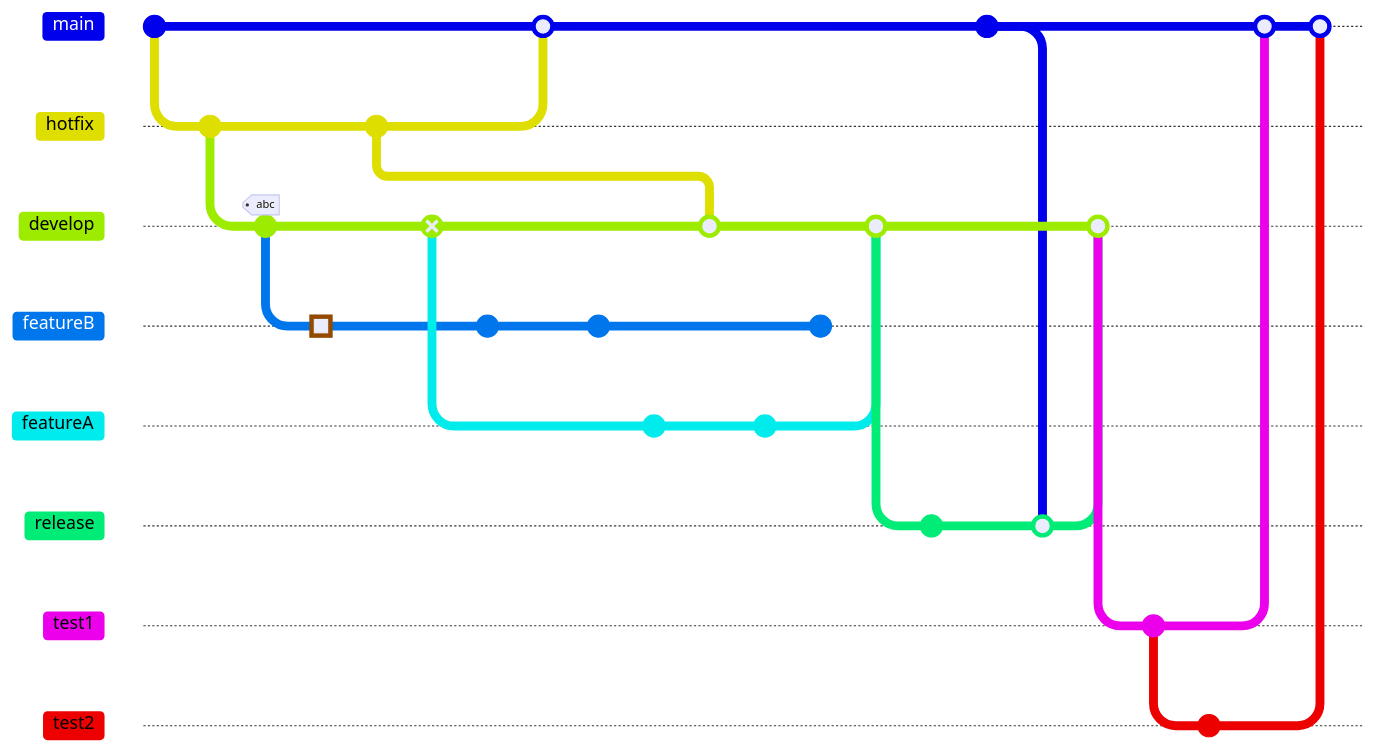
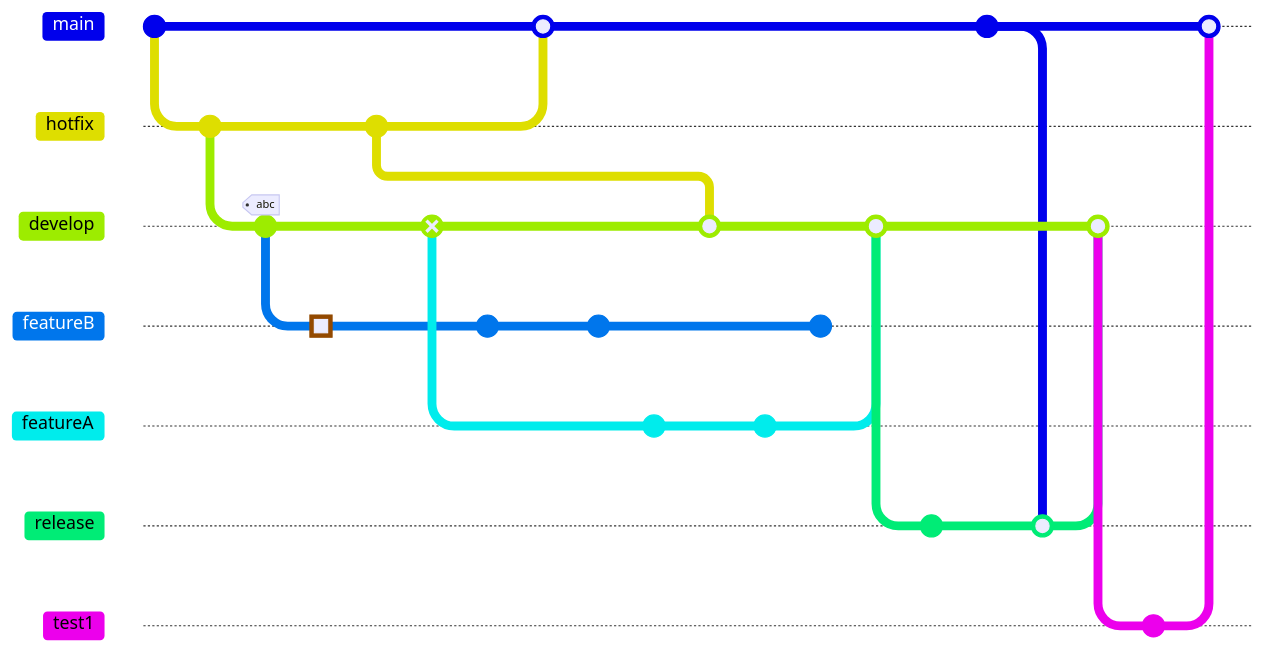
One commit to actigraph/icampam_2024_workshop changed the second of 5 diagrams in icampam.org. Above: the diagram before and after it, drawn with Mermaid. The commit also changed other lines of this file and 30 other files, not shown here. Commit ids are hidden.

```diff
--- a/icampam.org
+++ b/icampam.org
@@ -53,55 +94,49 @@
 #+begin_src mermaid :file ./images/gitlog.pdf
 gitGraph
         commit
         branch hotfix
         checkout hotfix
         commit
         branch develop
         checkout develop
         commit id:"ash" tag:"abc"
         branch featureB
         checkout featureB
         commit type:HIGHLIGHT
         checkout main
         checkout hotfix
         commit type:NORMAL
         checkout develop
         commit type:REVERSE
         checkout featureB
         commit
         checkout main
         merge hotfix
         checkout featureB
         commit
         checkout develop
         branch featureA
         commit
         checkout develop
         merge hotfix
         checkout featureA
         commit
         checkout featureB
         commit
         checkout develop
         merge featureA
         branch release
         checkout release
         commit
         checkout main
         commit
         checkout release
         merge main
         checkout develop
         merge release
         branch test1
         checkout test1
         commit
-        branch test2
-        checkout test2
-        commit
         checkout main
         merge test1
-        merge test2
-       
-
 #+end_src
```
